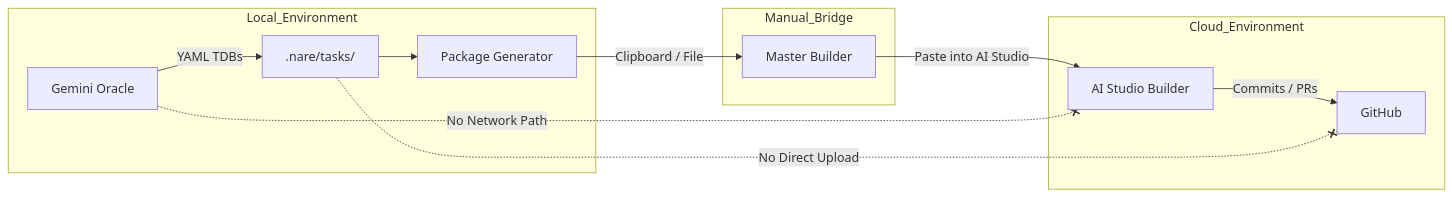
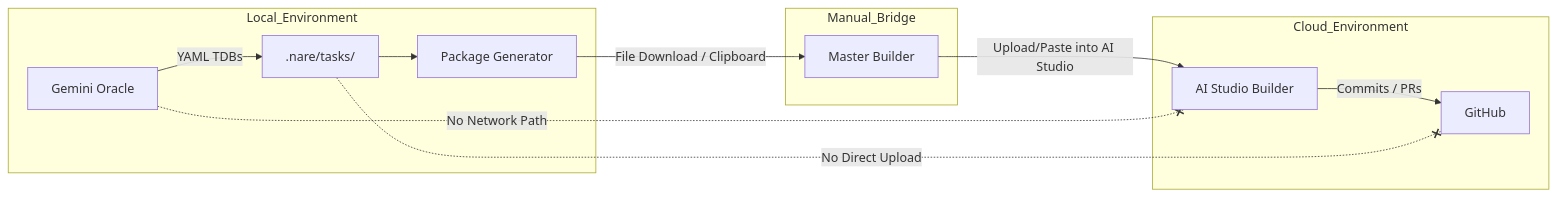
Before and after one commit to alec-borman/NARE-Normative-Agnostic-Refactoring-Engine: the second of 4 diagrams in docs/IMPLEMENTATION.md, drawn with Mermaid. The commit also changed other lines of this file, not shown here.

````diff
--- a/docs/IMPLEMENTATION.md
+++ b/docs/IMPLEMENTATION.md
@@ -101,19 +102,19 @@
 ```mermaid
 flowchart LR
     subgraph Local_Environment
         Oracle[Gemini Oracle] -->|YAML TDBs| FS_Tasks[.nare/tasks/]
         FS_Tasks --> PackageGen[Package Generator]
     end
 
     subgraph Manual_Bridge
-        PackageGen -->|Clipboard / File| MB[Master Builder]
+        PackageGen -->|File Download / Clipboard| MB[Master Builder]
     end
 
     subgraph Cloud_Environment
-        MB -->|Paste into AI Studio| AIS[AI Studio Builder]
+        MB -->|Upload/Paste into AI Studio| AIS[AI Studio Builder]
         AIS -->|Commits / PRs| GitHub
     end
 
     Oracle -.-x|No Network Path| AIS
     FS_Tasks -.-x|No Direct Upload| GitHub
 ```
````
